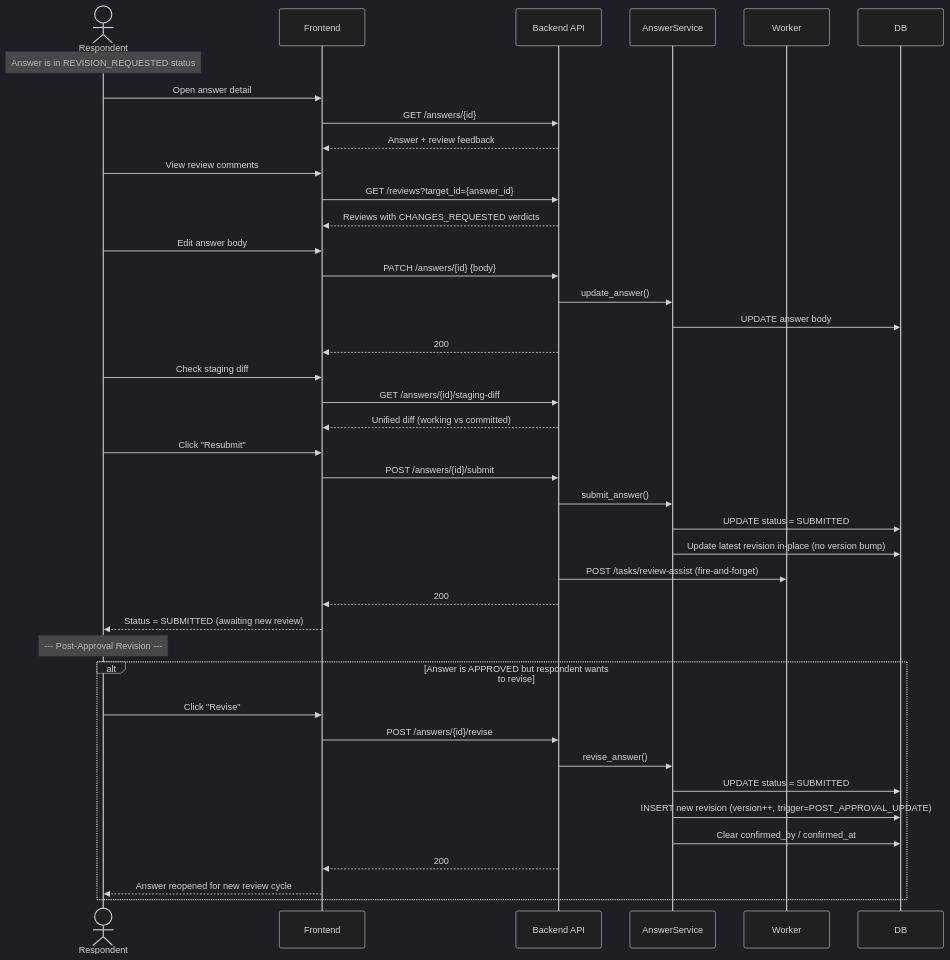
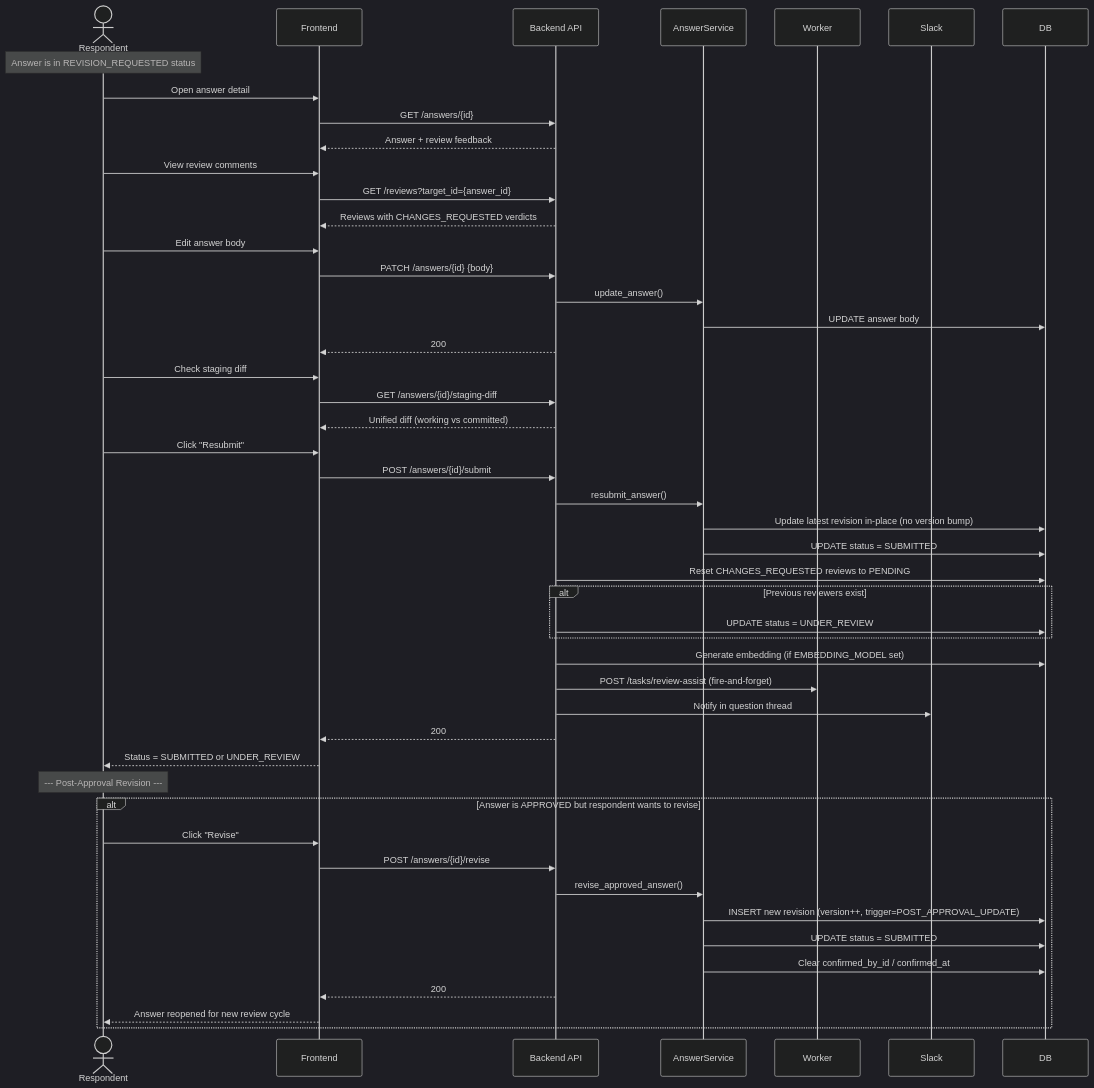
The seventh of 17 diagrams in docs/sequence-diagrams.md (keytech42/tacit-knowledge-elicitation), drawn with Mermaid (dark theme) before and after one commit. The commit also changed other lines of this file, not shown here.

First line of the commit message:
Fix sequence diagram inaccuracies and add state machine notes

````diff
--- a/docs/sequence-diagrams.md
+++ b/docs/sequence-diagrams.md
@@ -264,51 +271,58 @@
 ```mermaid
 sequenceDiagram
     actor Respondent
     participant Frontend
     participant Backend as Backend API
     participant AService as AnswerService
     participant Worker
+    participant Slack
     participant DB
 
     Note over Respondent: Answer is in REVISION_REQUESTED status
 
     Respondent->>Frontend: Open answer detail
     Frontend->>Backend: GET /answers/{id}
     Backend-->>Frontend: Answer + review feedback
 
     Respondent->>Frontend: View review comments
     Frontend->>Backend: GET /reviews?target_id={answer_id}
     Backend-->>Frontend: Reviews with CHANGES_REQUESTED verdicts
 
     Respondent->>Frontend: Edit answer body
     Frontend->>Backend: PATCH /answers/{id} {body}
     Backend->>AService: update_answer()
     AService->>DB: UPDATE answer body
     Backend-->>Frontend: 200
 
     Respondent->>Frontend: Check staging diff
     Frontend->>Backend: GET /answers/{id}/staging-diff
     Backend-->>Frontend: Unified diff (working vs committed)
 
     Respondent->>Frontend: Click "Resubmit"
     Frontend->>Backend: POST /answers/{id}/submit
-    Backend->>AService: submit_answer()
+    Backend->>AService: resubmit_answer()
+    AService->>DB: Update latest revision in-place (no version bump)
     AService->>DB: UPDATE status = SUBMITTED
-    AService->>DB: Update latest revision in-place (no version bump)
+    Backend->>DB: Reset CHANGES_REQUESTED reviews to PENDING
+    alt Previous reviewers exist
+        Backend->>DB: UPDATE status = UNDER_REVIEW
+    end
+    Backend->>DB: Generate embedding (if EMBEDDING_MODEL set)
     Backend->>Worker: POST /tasks/review-assist (fire-and-forget)
+    Backend->>Slack: Notify in question thread
     Backend-->>Frontend: 200
-    Frontend-->>Respondent: Status = SUBMITTED (awaiting new review)
+    Frontend-->>Respondent: Status = SUBMITTED or UNDER_REVIEW
 
     Note over Respondent: --- Post-Approval Revision ---
 
     alt Answer is APPROVED but respondent wants to revise
         Respondent->>Frontend: Click "Revise"
         Frontend->>Backend: POST /answers/{id}/revise
-        Backend->>AService: revise_answer()
+        Backend->>AService: revise_approved_answer()
+        AService->>DB: INSERT new revision (version++, trigger=POST_APPROVAL_UPDATE)
         AService->>DB: UPDATE status = SUBMITTED
-        AService->>DB: INSERT new revision (version++, trigger=POST_APPROVAL_UPDATE)
-        AService->>DB: Clear confirmed_by / confirmed_at
+        AService->>DB: Clear confirmed_by_id / confirmed_at
         Backend-->>Frontend: 200
         Frontend-->>Respondent: Answer reopened for new review cycle
     end
 ```
````
